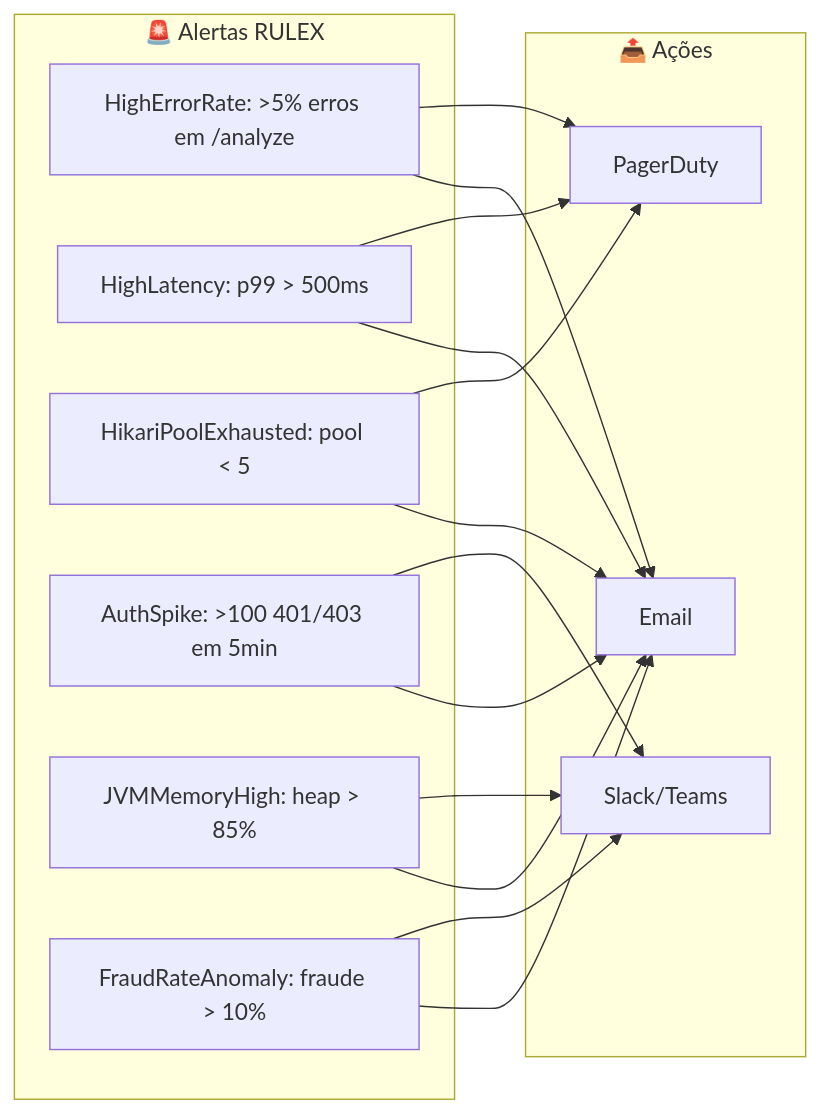
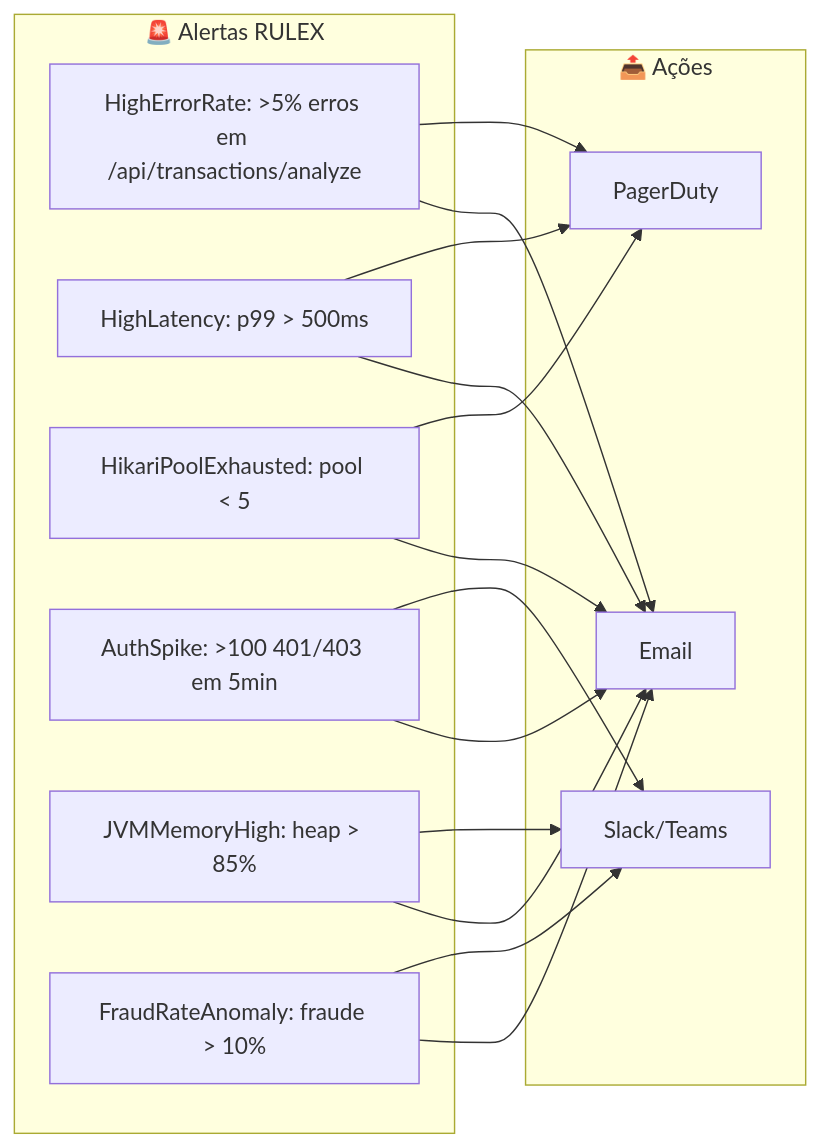
One commit to FELIPEACASTRO/RULEX changed diagram 40 of 44 in docs/DIAGRAMAS.md. Above: the diagram before and after it, drawn with Mermaid. The commit also changed other lines of this file and 7 other files, not shown here.

Commit message:
docs(diagramas): normalize /api endpoints and de-hallucinate flows

````diff
--- a/docs/DIAGRAMAS.md
+++ b/docs/DIAGRAMAS.md
@@ -4677,21 +4744,21 @@
 ```mermaid
 flowchart LR
     subgraph Alerts["🚨 Alertas RULEX"]
-        A1["HighErrorRate: >5% erros em /analyze"]
+        A1["HighErrorRate: >5% erros em /api/transactions/analyze"]
         A2["HighLatency: p99 > 500ms"]
         A3["HikariPoolExhausted: pool < 5"]
         A4["AuthSpike: >100 401/403 em 5min"]
         A5["JVMMemoryHigh: heap > 85%"]
         A6["FraudRateAnomaly: fraude > 10%"]
     end
     
     subgraph Actions["📤 Ações"]
         Slack["Slack/Teams"]
         PagerDuty["PagerDuty"]
         Email["Email"]
     end
     
     A1 & A2 & A3 --> PagerDuty
     A4 & A5 & A6 --> Slack
     A1 & A2 & A3 & A4 & A5 & A6 --> Email
 ```
````
